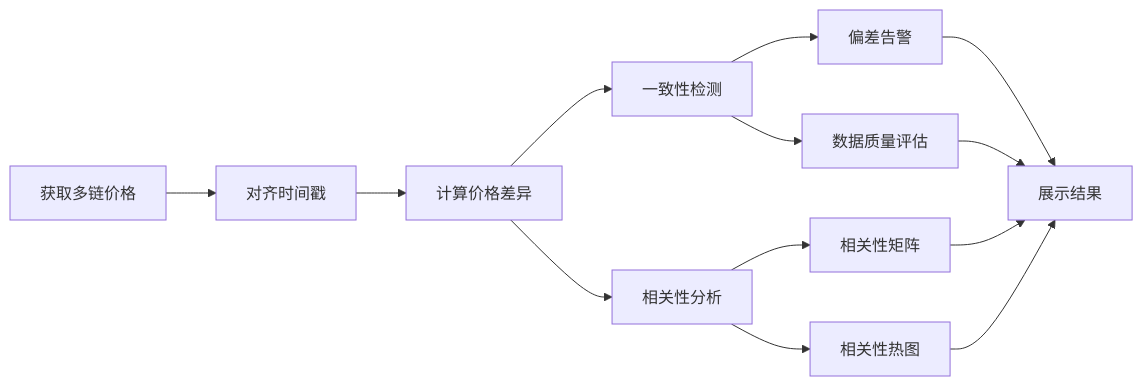
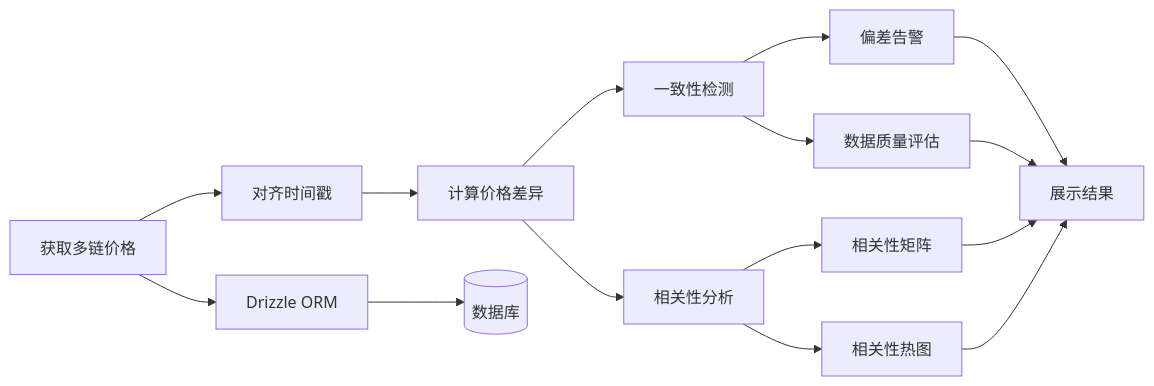
The fourth of 5 diagrams in docs/architecture/data-flow.md (imokokok/Insight-beta), drawn with Mermaid before and after one commit. The commit also changed other lines of this file and 14 other files, not shown here.

````diff
--- a/docs/architecture/data-flow.md
+++ b/docs/architecture/data-flow.md
@@ -255,19 +267,22 @@
 ```mermaid
 flowchart LR
     A[获取多链价格] --> B[对齐时间戳]
     B --> C[计算价格差异]
 
     C --> D[相关性分析]
     C --> E[一致性检测]
 
     D --> F[相关性矩阵]
     D --> G[相关性热图]
 
     E --> H[偏差告警]
     E --> I[数据质量评估]
 
     H --> J[展示结果]
     I --> J
     F --> J
     G --> J
+
+    A --> Drizzle[Drizzle ORM]
+    Drizzle --> DB[(数据库)]
 ```
````
